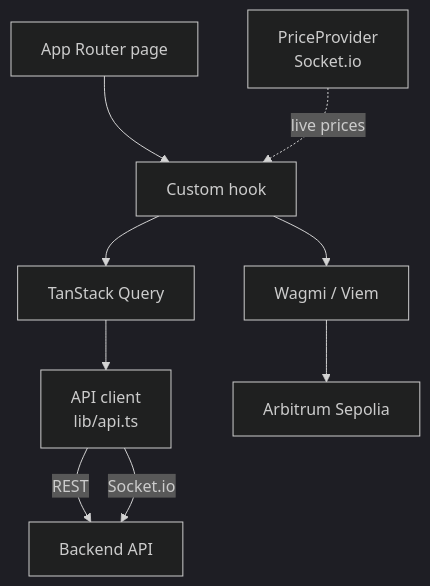
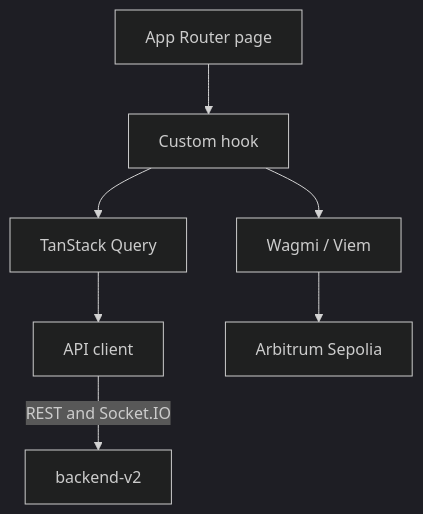
The diagram in README.md (centuari-labs/frontend-revamp), drawn with Mermaid (dark theme) before and after one commit. The commit also changed other lines of this file, not shown here.

````diff
--- a/README.md
+++ b/README.md
@@ -33,11 +21,9 @@
 ```mermaid
 flowchart TD
     PAGE[App Router page] --> HOOK[Custom hook]
     HOOK --> TQ[TanStack Query]
-    TQ --> API[API client<br/>lib/api.ts]
-    API -->|REST| BE[Backend API]
-    API -->|Socket.io| BE
+    TQ --> API[API client]
+    API -->|REST and Socket.IO| BE[backend-v2]
     HOOK --> WAGMI[Wagmi / Viem]
     WAGMI --> CHAIN[Arbitrum Sepolia]
-    PRICE[PriceProvider<br/>Socket.io] -.live prices.-> HOOK
 ```
````
